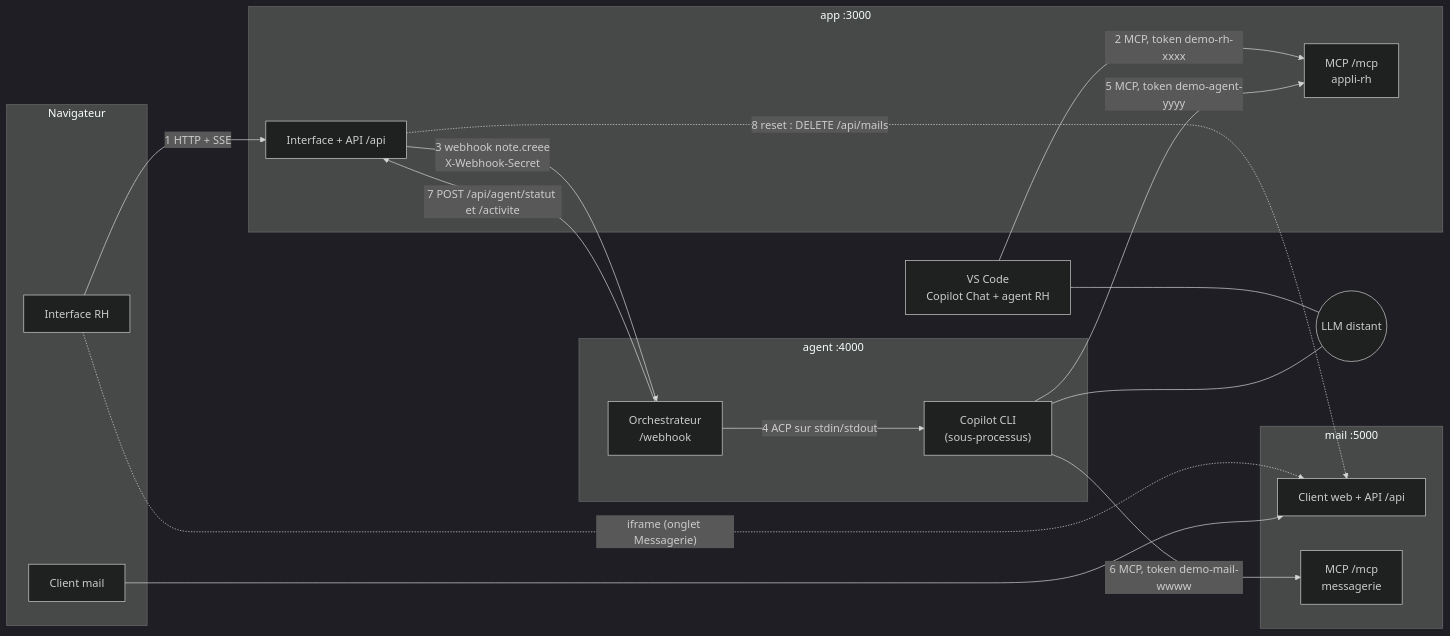
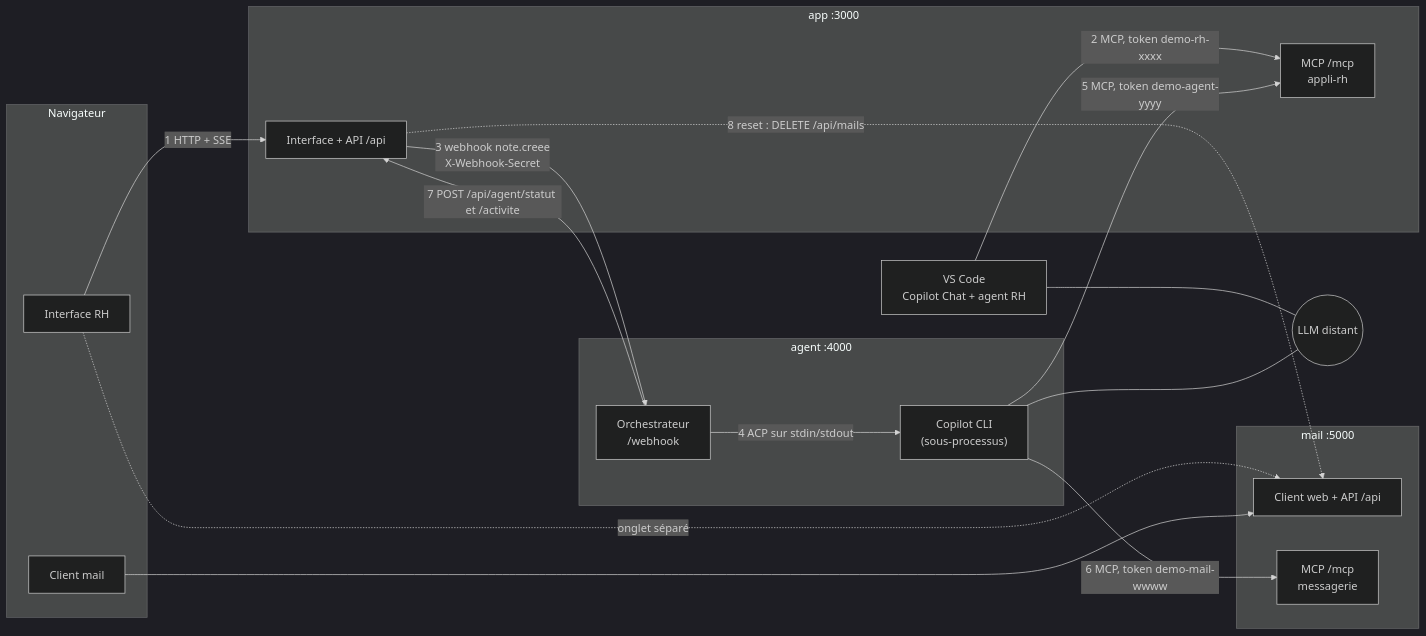
The diagram in README.md (leorse/ia-playground), drawn with Mermaid (dark theme) before and after one commit. The commit also changed other lines of this file and 17 other files, not shown here.

````diff
--- a/README.md
+++ b/README.md
@@ -77,34 +77,34 @@
 ```mermaid
 flowchart LR
   subgraph NAV["Navigateur"]
     UI["Interface RH"]
     MUI["Client mail"]
   end
   VSC["VS Code<br/>Copilot Chat + agent RH"]
   subgraph APP["app :3000"]
     APPW["Interface + API /api"]
     APPMCP["MCP /mcp<br/>appli-rh"]
   end
   subgraph MAIL["mail :5000"]
     MAILW["Client web + API /api"]
     MAILMCP["MCP /mcp<br/>messagerie"]
   end
   subgraph AG["agent :4000"]
     ORCH["Orchestrateur<br/>/webhook"]
     CLI["Copilot CLI<br/>(sous-processus)"]
   end
   LLM(("LLM distant"))
 
   UI -- "1 HTTP + SSE" --> APPW
-  UI -. "iframe (onglet Messagerie)" .-> MAILW
+  UI -. "onglet séparé" .-> MAILW
   MUI --> MAILW
   VSC -- "2 MCP, token demo-rh-xxxx" --> APPMCP
   VSC --- LLM
   APPW -- "3 webhook note.creee<br/>X-Webhook-Secret" --> ORCH
   ORCH -- "4 ACP sur stdin/stdout" --> CLI
   CLI --- LLM
   CLI -- "5 MCP, token demo-agent-yyyy" --> APPMCP
   CLI -- "6 MCP, token demo-mail-wwww" --> MAILMCP
   ORCH -- "7 POST /api/agent/statut et /activite" --> APPW
   APPW -. "8 reset : DELETE /api/mails" .-> MAILW
 ```
````
